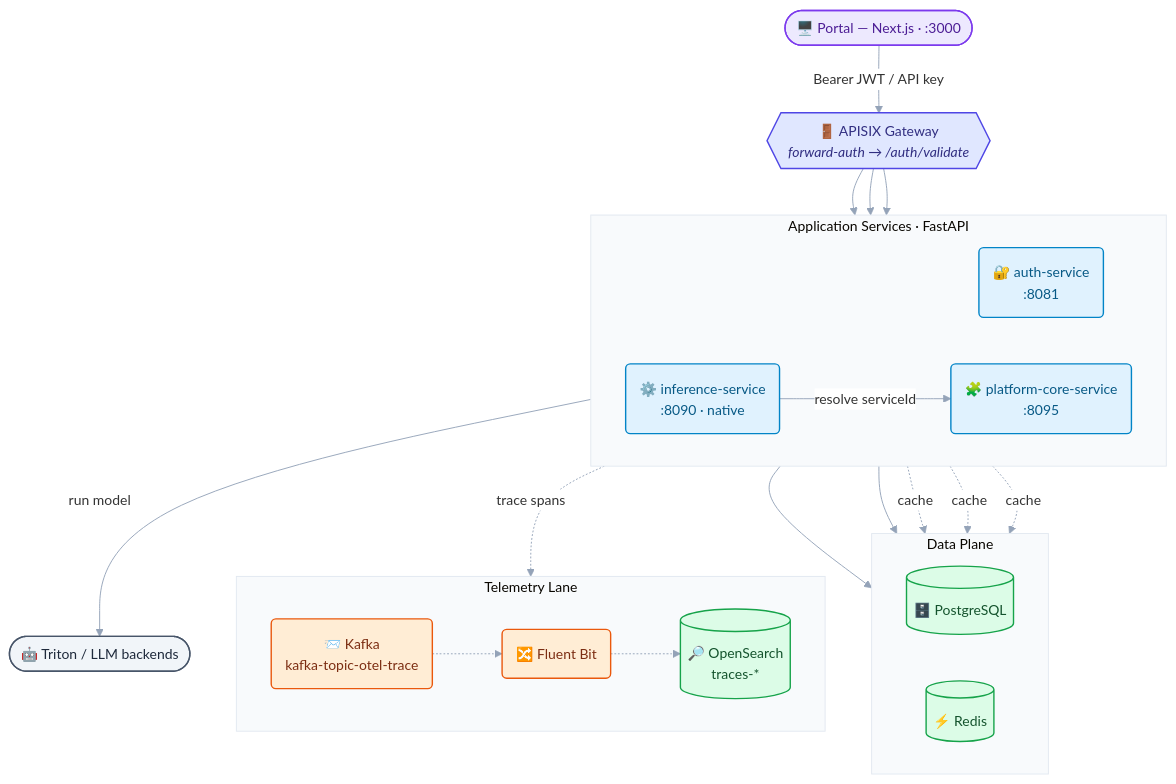
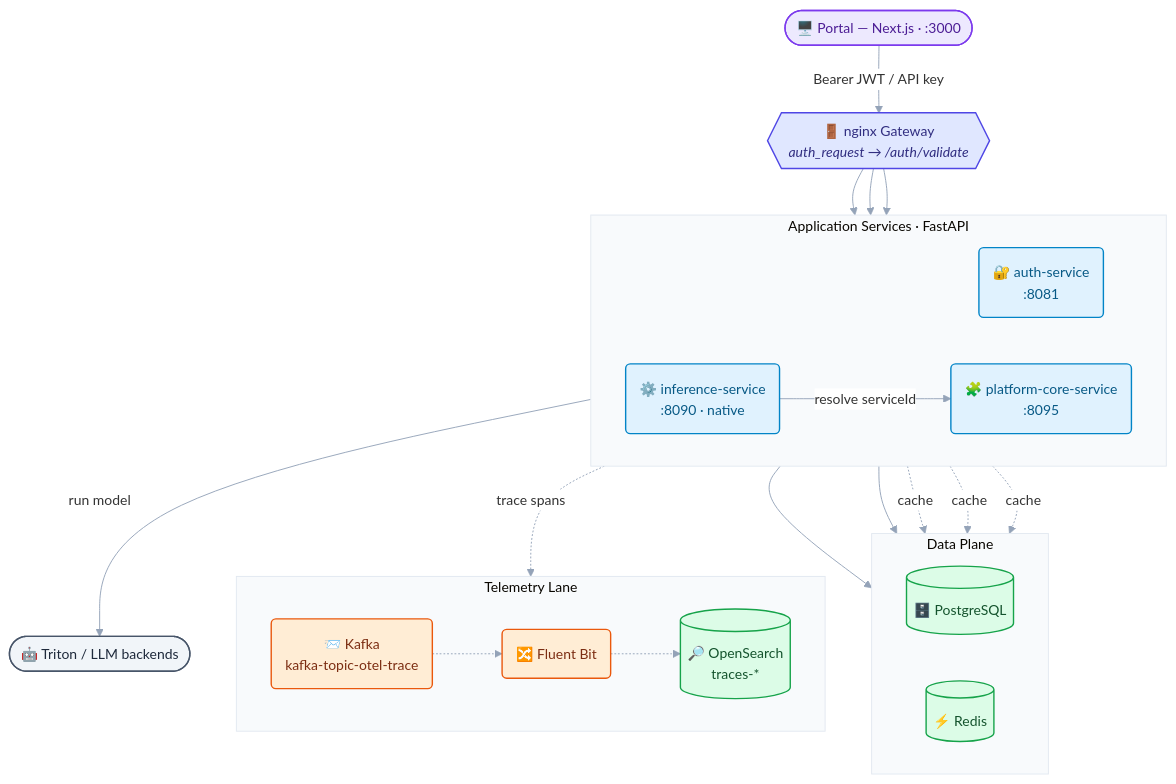
The diagram in docs/images/architecture.mmd (COSS-India/ai4i-core), drawn with Mermaid before and after one commit. The commit also changed 11 other files, not shown here.

```diff
--- a/docs/images/architecture.mmd
+++ b/docs/images/architecture.mmd
@@ -1,50 +1,50 @@
 %%{init: {'theme':'base','themeVariables':{'fontFamily':'Inter, Segoe UI, Helvetica, Arial, sans-serif','fontSize':'15px','lineColor':'#94a3b8','clusterBkg':'#f8fafc','clusterBorder':'#e2e8f0','edgeLabelBackground':'#ffffff'}}}%%
 flowchart TB
     Portal(["🖥️ Portal — Next.js · :3000"]):::client
-    GW{{"🚪 APISIX Gateway<br/><i>forward-auth → /auth/validate</i>"}}:::gw
+    GW{{"🚪 nginx Gateway<br/><i>auth_request → /auth/validate</i>"}}:::gw
 
     Portal -- "Bearer JWT / API key" --> GW
 
     subgraph Services["Application Services · FastAPI"]
         direction LR
         AUTH("🔐 auth-service<br/>:8081"):::svc
         CORE("🧩 platform-core-service<br/>:8095"):::svc
         INF("⚙️ inference-service<br/>:8090 · native"):::svc
     end
 
     GW --> AUTH
     GW --> CORE
     GW --> INF
 
     INF -- "resolve serviceId" --> CORE
     INF -- "run model" --> BK(["🤖 Triton / LLM backends"]):::backend
 
     subgraph Data["Data Plane"]
         direction LR
         PG[("🗄️ PostgreSQL")]:::store
         RD[("⚡ Redis")]:::store
     end
 
     AUTH --> PG
     CORE --> PG
     AUTH -. cache .-> RD
     CORE -. cache .-> RD
     INF  -. cache .-> RD
 
     subgraph Telemetry["Telemetry Lane"]
         direction LR
         KAFKA("📨 Kafka<br/>kafka-topic-otel-trace"):::obs
         FB("🔀 Fluent Bit"):::obs
         OS[("🔎 OpenSearch<br/>traces-*")]:::store
     end
 
     INF -. "trace spans" .-> KAFKA
     KAFKA -.-> FB
     FB -.-> OS
 
     classDef client  fill:#ede9fe,stroke:#7c3aed,stroke-width:1.5px,color:#4c1d95;
     classDef gw      fill:#e0e7ff,stroke:#4f46e5,stroke-width:1.5px,color:#312e81;
     classDef svc     fill:#e0f2fe,stroke:#0284c7,stroke-width:1.5px,color:#075985;
     classDef store   fill:#dcfce7,stroke:#16a34a,stroke-width:1.5px,color:#14532d;
     classDef backend fill:#f1f5f9,stroke:#475569,stroke-width:1.5px,color:#1e293b;
     classDef obs     fill:#ffedd5,stroke:#ea580c,stroke-width:1.5px,color:#7c2d12;
```
